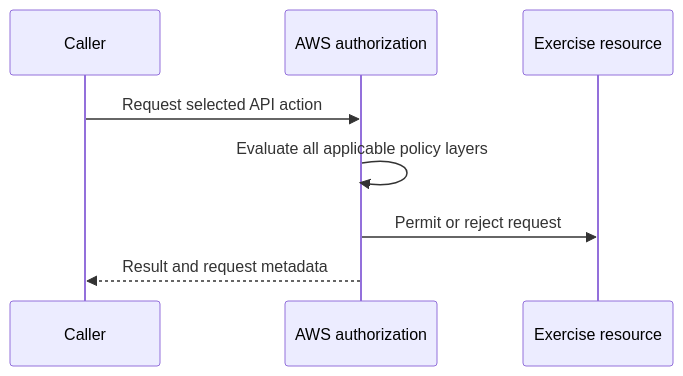
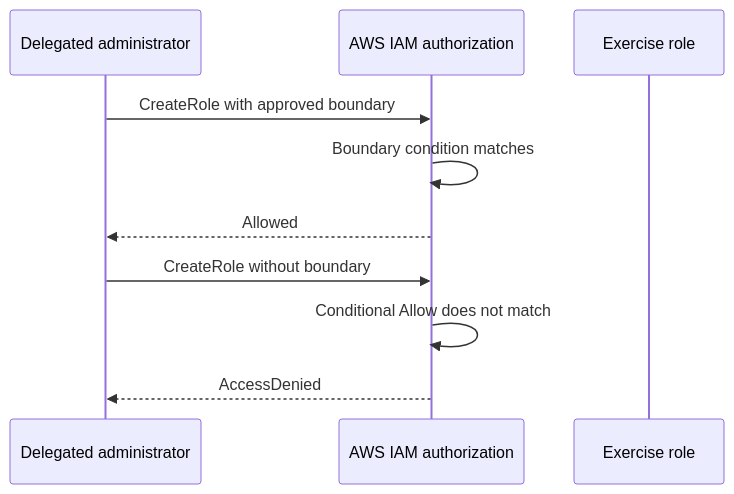
Before and after one commit to yduchesne/aws-security: the second of 2 diagrams in docs/lab/week2/exercise5/exercise5-instructions.md, drawn with Mermaid. The commit also changed other lines of this file and 13 other files, not shown here.

````diff
--- a/docs/lab/week2/exercise5/exercise5-instructions.md
+++ b/docs/lab/week2/exercise5/exercise5-instructions.md
@@ -222,10 +352,12 @@
 ```mermaid
 sequenceDiagram
-    participant C as Caller
-    participant AWS as AWS authorization
-    participant E as Exercise resource
-    C->>AWS: Request selected API action
-    AWS->>AWS: Evaluate all applicable policy layers
-    AWS->>E: Permit or reject request
-    AWS-->>C: Result and request metadata
+    participant D as Delegated administrator
+    participant IAM as AWS IAM authorization
+    participant R as Exercise role
+    D->>IAM: CreateRole with approved boundary
+    IAM->>IAM: Boundary condition matches
+    IAM-->>D: Allowed
+    D->>IAM: CreateRole without boundary
+    IAM->>IAM: Conditional Allow does not match
+    IAM-->>D: AccessDenied
 ```
````
